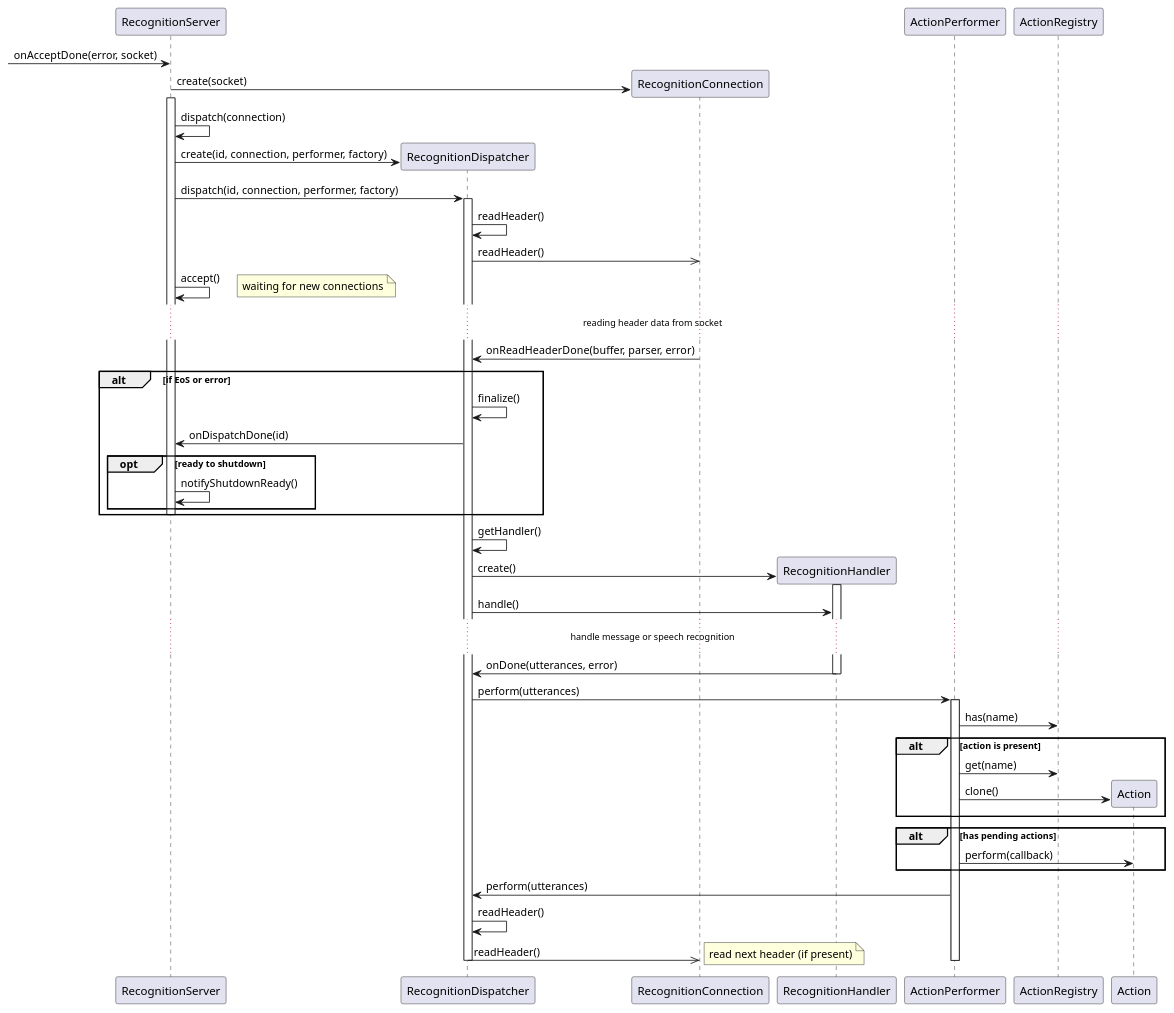
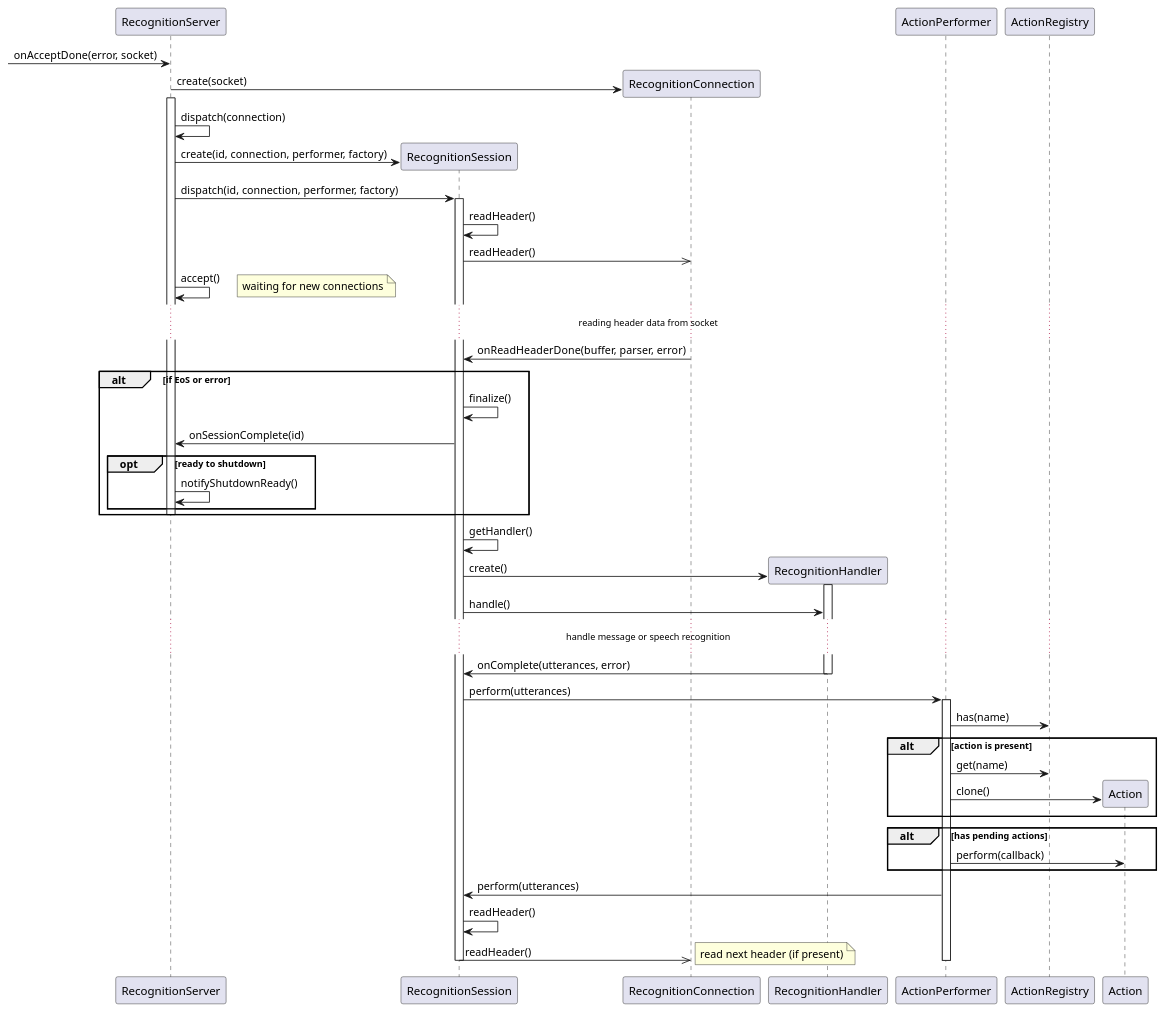
One commit to denoming/rintento changed the fifth of 9 diagrams in src/intent/doc/intent.md. Above: the diagram before and after it, drawn with PlantUML. The commit also changed other lines of this file and 27 other files, not shown here.

````diff
--- a/src/intent/doc/intent.md
+++ b/src/intent/doc/intent.md
@@ -173,58 +173,58 @@
 ```plantuml
 @startuml
 
 participant RecognitionServer
-participant RecognitionDispatcher
+participant RecognitionSession
 participant RecognitionConnection
 
 -> RecognitionServer : onAcceptDone(error, socket)
 create RecognitionConnection
 RecognitionServer -> RecognitionConnection : create(socket) 
 activate RecognitionServer
 RecognitionServer -> RecognitionServer : dispatch(connection)
-create RecognitionDispatcher
-RecognitionServer -> RecognitionDispatcher : create(id, connection, performer, factory)
-RecognitionServer -> RecognitionDispatcher : dispatch(id, connection, performer, factory)
-activate RecognitionDispatcher
-RecognitionDispatcher -> RecognitionDispatcher : readHeader()
-RecognitionDispatcher ->> RecognitionConnection : readHeader()
+create RecognitionSession
+RecognitionServer -> RecognitionSession : create(id, connection, performer, factory)
+RecognitionServer -> RecognitionSession : dispatch(id, connection, performer, factory)
+activate RecognitionSession
+RecognitionSession -> RecognitionSession : readHeader()
+RecognitionSession ->> RecognitionConnection : readHeader()
 RecognitionServer -> RecognitionServer : accept()
 note right: waiting for new connections
 ...reading header data from socket...
-RecognitionConnection -> RecognitionDispatcher : onReadHeaderDone(buffer, parser, error)
+RecognitionConnection -> RecognitionSession : onReadHeaderDone(buffer, parser, error)
 alt if EoS or error
-    RecognitionDispatcher -> RecognitionDispatcher : finalize()
-    RecognitionDispatcher -> RecognitionServer : onDispatchDone(id)
+    RecognitionSession -> RecognitionSession : finalize()
+    RecognitionSession -> RecognitionServer : onSessionComplete(id)
     opt ready to shutdown
         RecognitionServer -> RecognitionServer : notifyShutdownReady()
     end
     deactivate RecognitionServer
 end
-RecognitionDispatcher -> RecognitionDispatcher : getHandler()
+RecognitionSession -> RecognitionSession : getHandler()
 create RecognitionHandler
-RecognitionDispatcher -> RecognitionHandler : create()
+RecognitionSession -> RecognitionHandler : create()
 activate RecognitionHandler
-RecognitionDispatcher -> RecognitionHandler : handle()
+RecognitionSession -> RecognitionHandler : handle()
 ...handle message or speech recognition...
-RecognitionHandler -> RecognitionDispatcher : onDone(utterances, error)
+RecognitionHandler -> RecognitionSession : onComplete(utterances, error)
 deactivate RecognitionHandler
-RecognitionDispatcher -> ActionPerformer : perform(utterances)
+RecognitionSession -> ActionPerformer : perform(utterances)
 activate ActionPerformer
 ActionPerformer -> ActionRegistry : has(name)
 alt action is present
     ActionPerformer -> ActionRegistry : get(name)
     create Action
     ActionPerformer -> Action : clone()
 end
 alt has pending actions
     ActionPerformer -> Action : perform(callback)
 end
-RecognitionDispatcher <- ActionPerformer : perform(utterances)
-RecognitionDispatcher -> RecognitionDispatcher : readHeader()
-RecognitionDispatcher ->> RecognitionConnection : readHeader()
+RecognitionSession <- ActionPerformer : perform(utterances)
+RecognitionSession -> RecognitionSession : readHeader()
+RecognitionSession ->> RecognitionConnection : readHeader()
 note right: read next header (if present)
 deactivate ActionPerformer
-deactivate RecognitionDispatcher
+deactivate RecognitionSession
 
 @enduml
 ```
````
